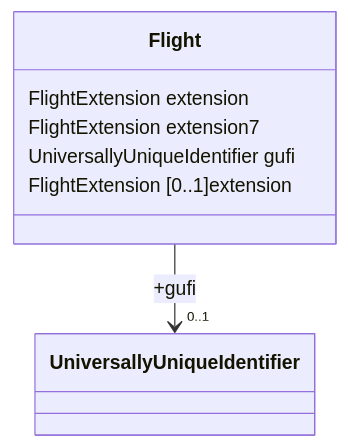
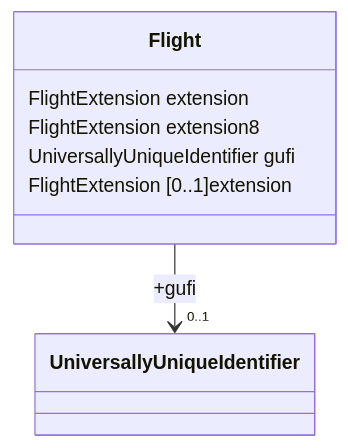
The first of 3 diagrams in docs/fixm/FIXM_UML_in_mermaid.md (du-lapin/test_docsify), drawn with Mermaid before and after one commit. The commit also changed other lines of this file, not shown here.

````diff
--- a/docs/fixm/FIXM_UML_in_mermaid.md
+++ b/docs/fixm/FIXM_UML_in_mermaid.md
@@ -4,10 +4,10 @@
 ```mermaid
 classDiagram
 class Flight{
 FlightExtension extension
-FlightExtension extension7
+FlightExtension extension8
 UniversallyUniqueIdentifier gufi
 }
 Flight : FlightExtension [0..1]extension
 Flight --> "0..1"  UniversallyUniqueIdentifier : +gufi
 ```
````
